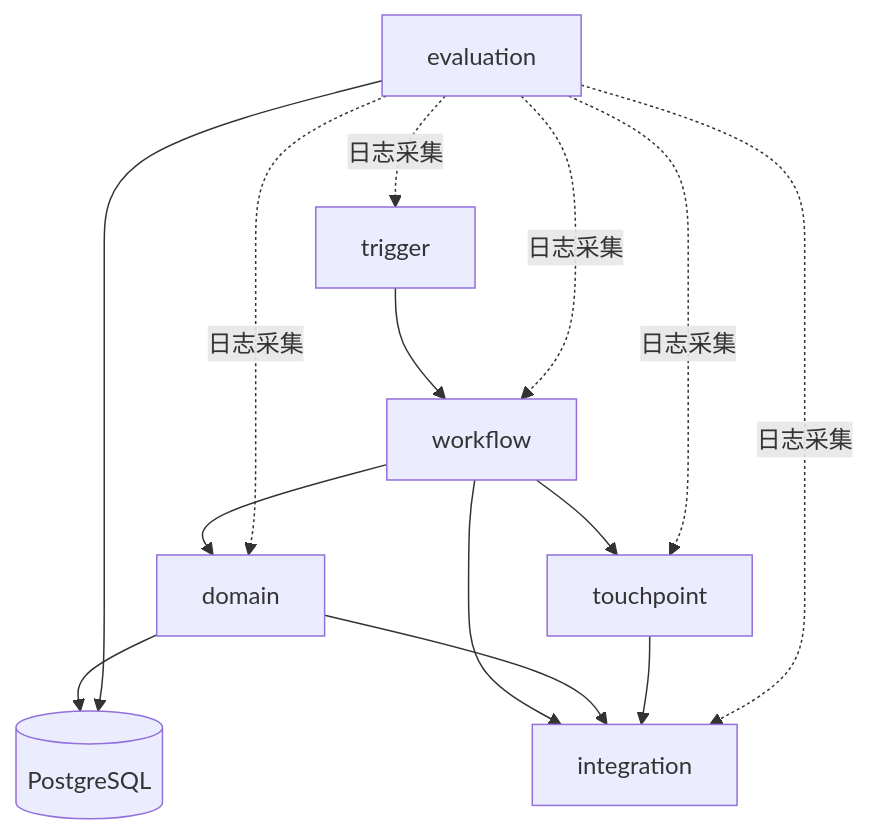
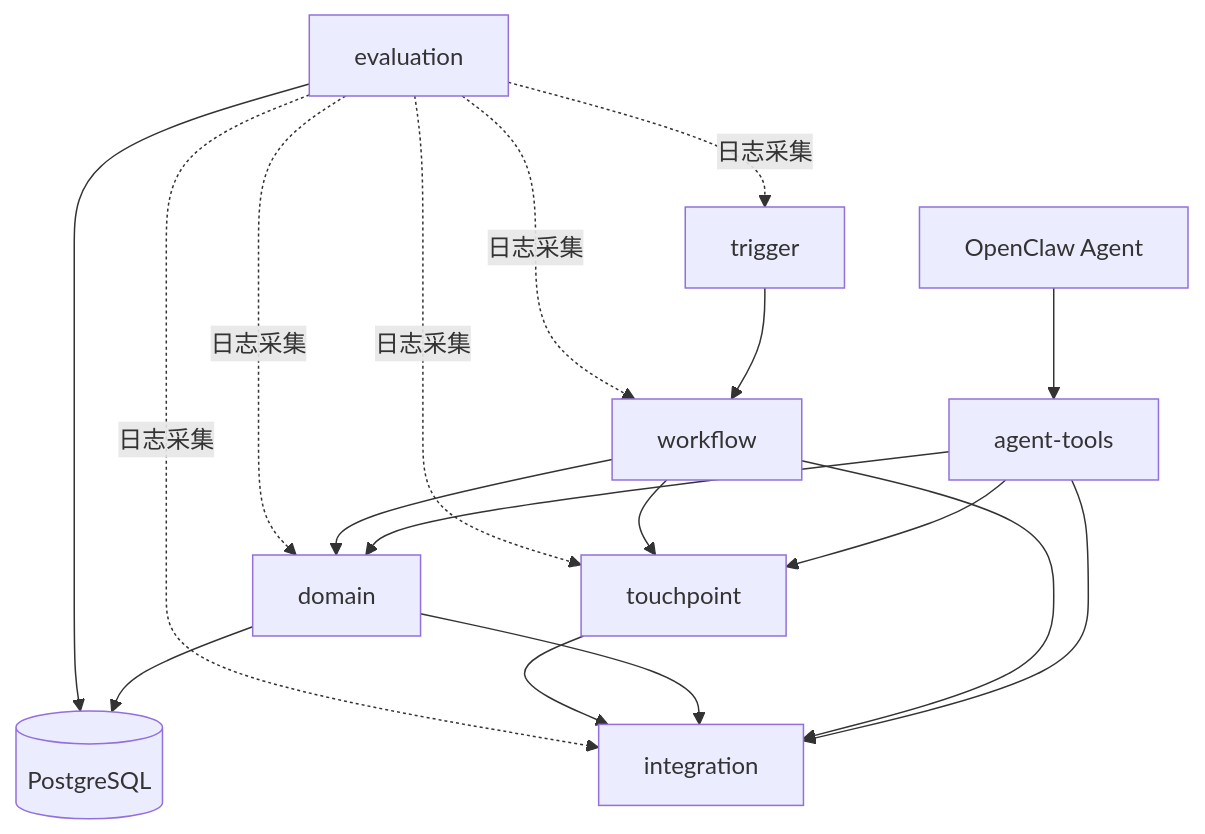
Before and after one commit to singletaps/Feishu-Corporate-Office-Knowledge-Integration-and-Distribution-Agent: the diagram in 模块接口文档.md, drawn with Mermaid. The commit also changed other lines of this file and 57 other files, not shown here.

First line of the commit message:
feat: OpenClaw integration, agent-tools, workflows, eval and docs

````diff
--- a/模块接口文档.md
+++ b/模块接口文档.md
@@ -5,24 +7,30 @@
 ```mermaid
 flowchart TD
+    openclaw[OpenClaw Agent]
+    agentTools[agent-tools]
     trigger[trigger]
     workflow[workflow]
     domain[domain]
     integration[integration]
     touchpoint[touchpoint]
     evaluation[evaluation]
     db[(PostgreSQL)]
 
+    openclaw --> agentTools
+    agentTools --> domain
+    agentTools --> integration
+    agentTools --> touchpoint
     trigger --> workflow
     workflow --> domain
     workflow --> integration
     workflow --> touchpoint
     domain --> db
     domain --> integration
     touchpoint --> integration
     evaluation --> db
     evaluation -.->|日志采集| trigger
     evaluation -.->|日志采集| workflow
     evaluation -.->|日志采集| domain
     evaluation -.->|日志采集| integration
     evaluation -.->|日志采集| touchpoint
 ```
````
